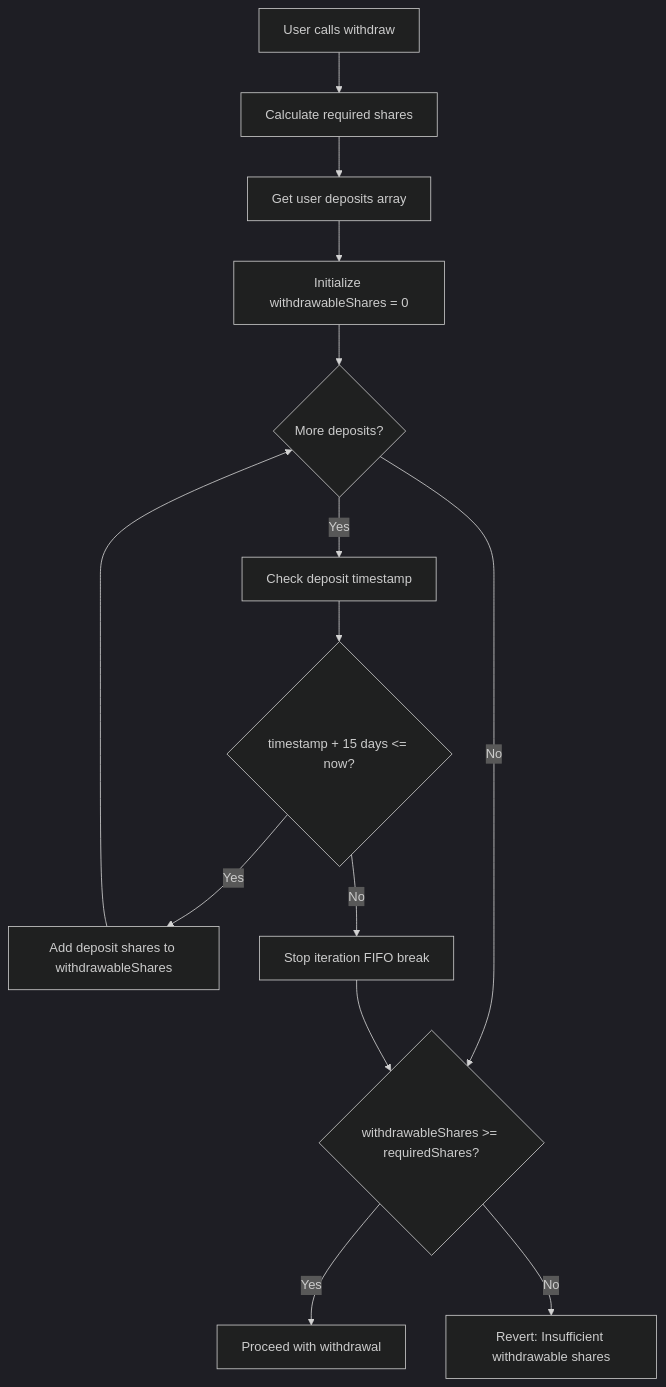
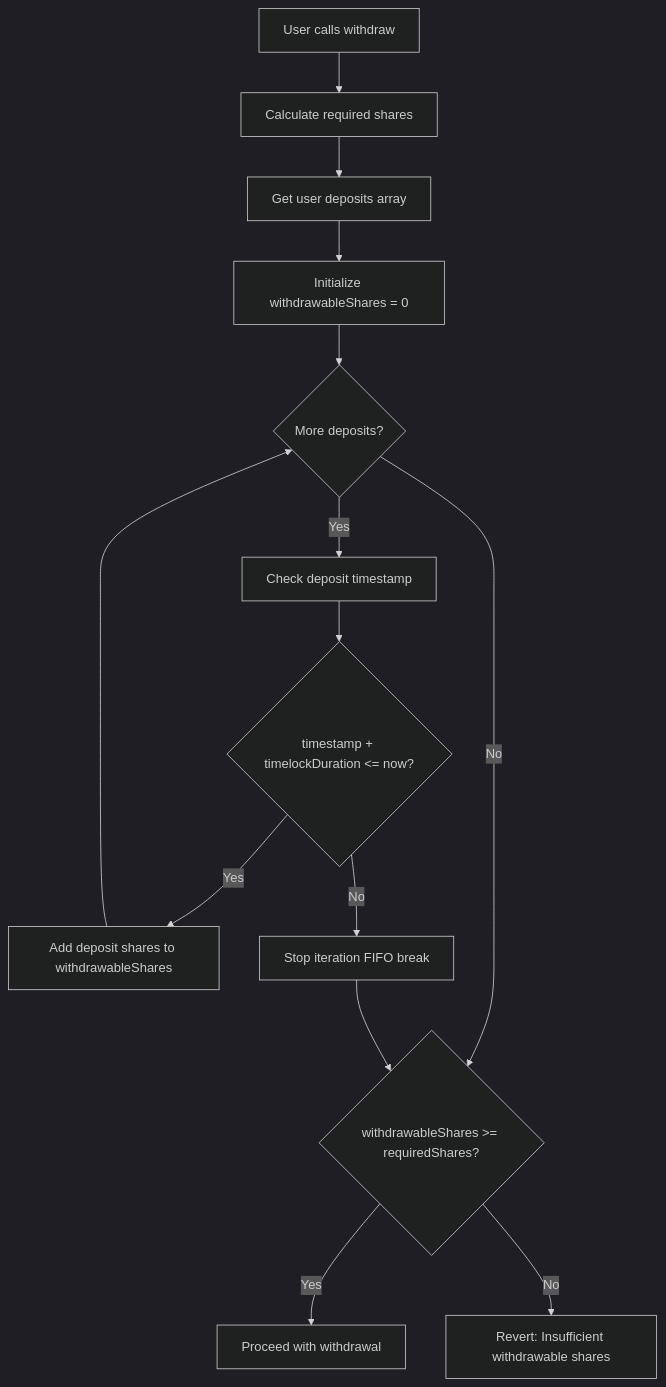
Before and after one commit to PelonClub/PelonClub-BaseNetwork-Monorepo: the third of 7 diagrams in docs/en/pelon-staking-vault.md, drawn with Mermaid (dark theme). The commit also changed other lines of this file and 11 other files, not shown here.

````diff
--- a/docs/en/pelon-staking-vault.md
+++ b/docs/en/pelon-staking-vault.md
@@ -169,16 +193,16 @@
 ```mermaid
 flowchart TD
     A[User calls withdraw] --> B[Calculate required shares]
     B --> C[Get user deposits array]
     C --> D[Initialize withdrawableShares = 0]
     D --> E{More deposits?}
     E -->|Yes| F[Check deposit timestamp]
-    F --> G{timestamp + 15 days <= now?}
+    F --> G{timestamp + timelockDuration <= now?}
     G -->|Yes| H[Add deposit shares to withdrawableShares]
     H --> E
     G -->|No| I[Stop iteration FIFO break]
     E -->|No| J{withdrawableShares >= requiredShares?}
     I --> J
     J -->|Yes| K[Proceed with withdrawal]
     J -->|No| L[Revert: Insufficient withdrawable shares]
 ```
````
